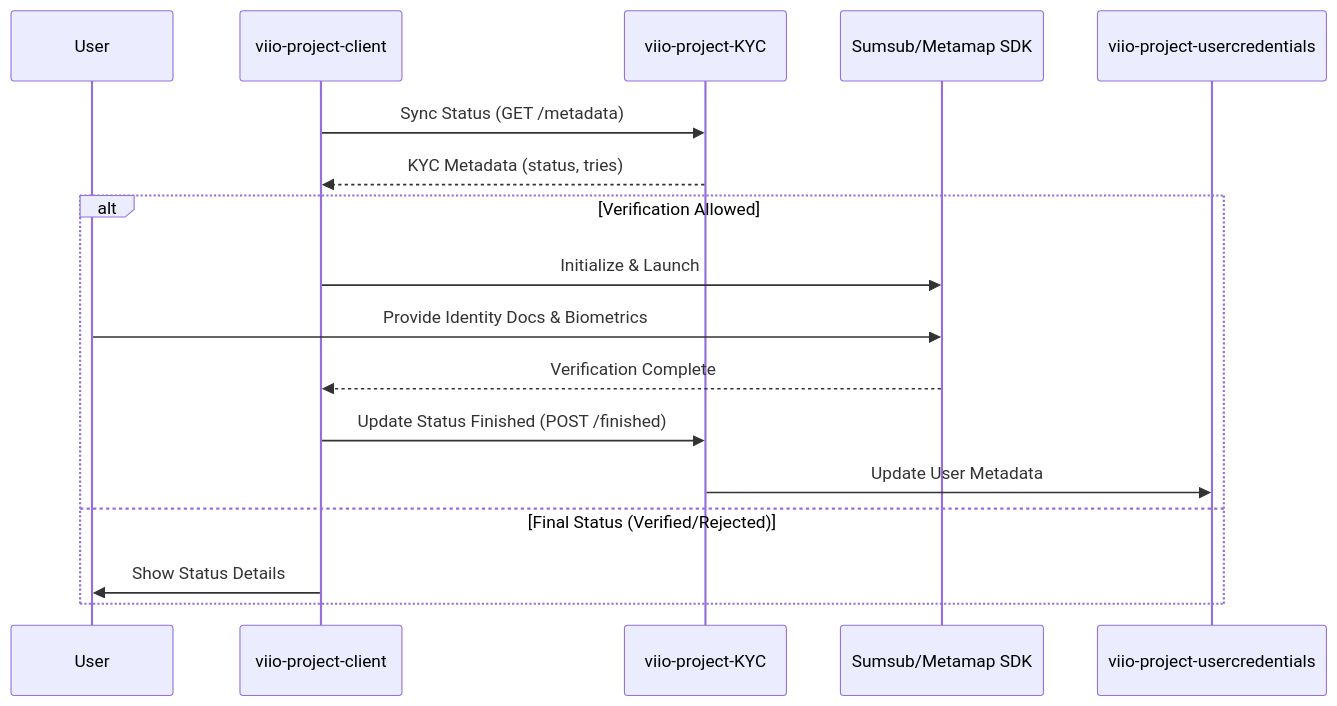
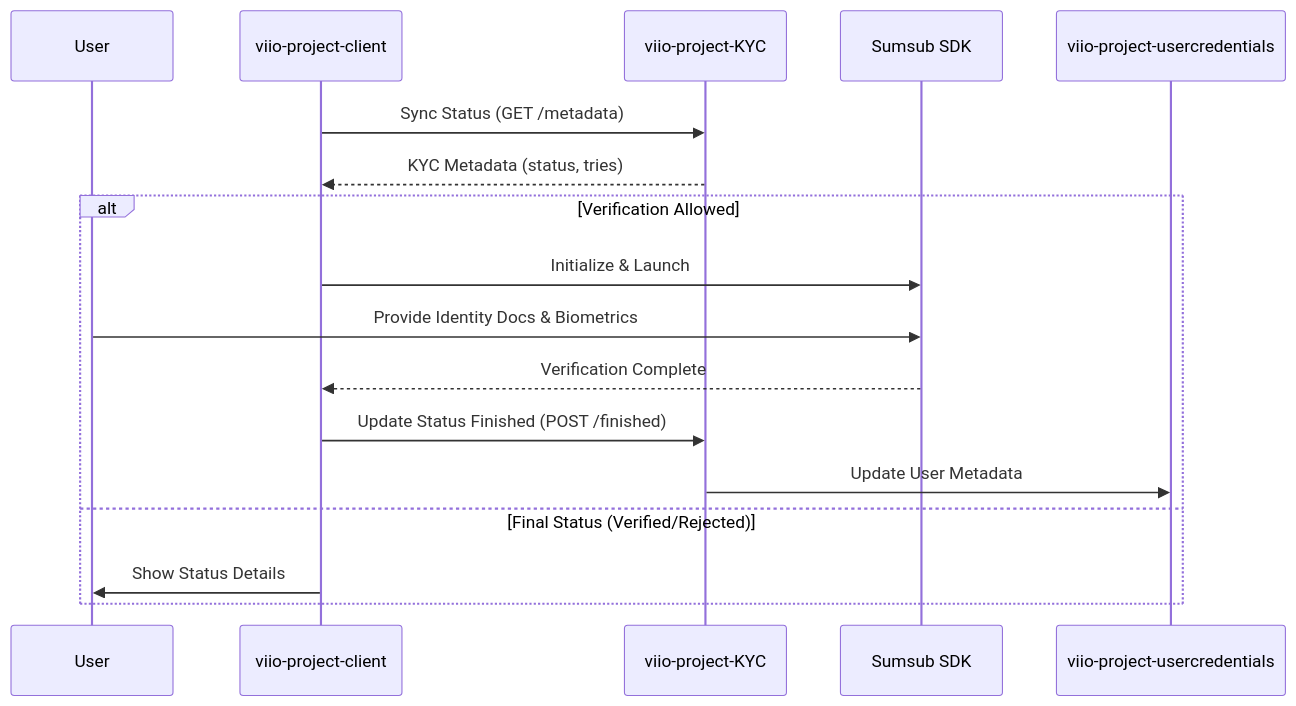
One commit to ITRMachines/viio_poc changed the diagram in kyc_verification/README.md. Above: the diagram before and after it, drawn with Mermaid. The commit also changed other lines of this file and 11 other files, not shown here.

````diff
--- a/kyc_verification/README.md
+++ b/kyc_verification/README.md
@@ -22,21 +22,21 @@
 ```mermaid
 sequenceDiagram
     participant User
     participant Client as viio-project-client
     participant KycSvc as viio-project-KYC
-    participant SDK as Sumsub/Metamap SDK
+    participant SDK as Sumsub SDK
     participant UserSvc as viio-project-usercredentials
 
     Client->>KycSvc: Sync Status (GET /metadata)
     KycSvc-->>Client: KYC Metadata (status, tries)
     
     alt Verification Allowed
         Client->>SDK: Initialize & Launch
         User->>SDK: Provide Identity Docs & Biometrics
         SDK-->>Client: Verification Complete
         Client->>KycSvc: Update Status Finished (POST /finished)
         KycSvc->>UserSvc: Update User Metadata
     else Final Status (Verified/Rejected)
         Client->>User: Show Status Details
     end
 ```
````
